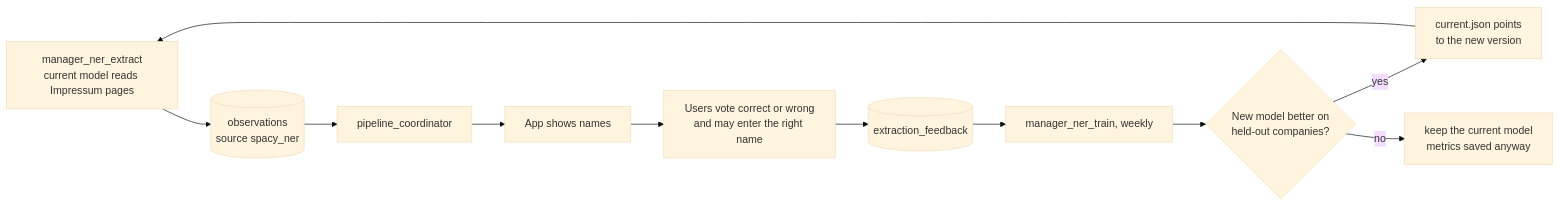
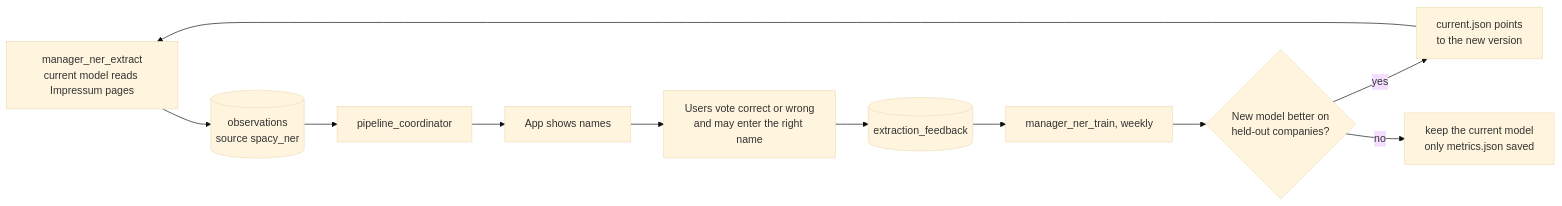
One commit to technologiestiftung/unternehmensdatenbank changed the eighth of 12 diagrams in docs/architecture-overview.md. Above: the diagram before and after it, drawn with Mermaid (base theme). The commit also changed other lines of this file and 5 other files, not shown here.

Commit message:
no-mistakes(review): Judge textcat on gap labels; keep only promoted models

````diff
--- a/docs/architecture-overview.md
+++ b/docs/architecture-overview.md
@@ -353,12 +353,12 @@
 ```mermaid
 flowchart LR
   EX["manager_ner_extract<br/>current model reads Impressum pages"] --> OBS[("observations<br/>source spacy_ner")]
   OBS --> CO["pipeline_coordinator"] --> APPV["App shows names"]
   APPV --> VOTE["Users vote correct or wrong<br/>and may enter the right name"]
   VOTE --> FB[("extraction_feedback")]
   FB --> TR["manager_ner_train, weekly"]
   TR --> EV{"New model better on<br/>held-out companies?"}
   EV -->|"yes"| CUR["current.json points<br/>to the new version"]
-  EV -->|"no"| KEEP["keep the current model<br/>metrics saved anyway"]
+  EV -->|"no"| KEEP["keep the current model<br/>only metrics.json saved"]
   CUR --> EX
 ```
````
